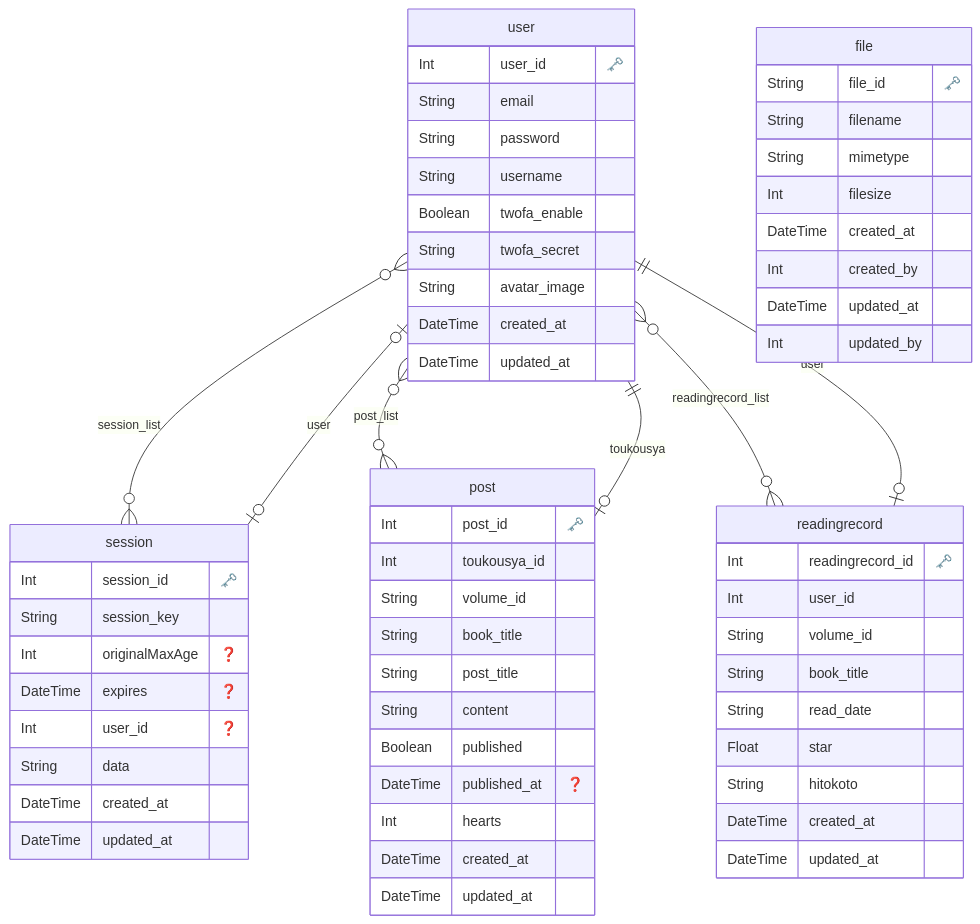
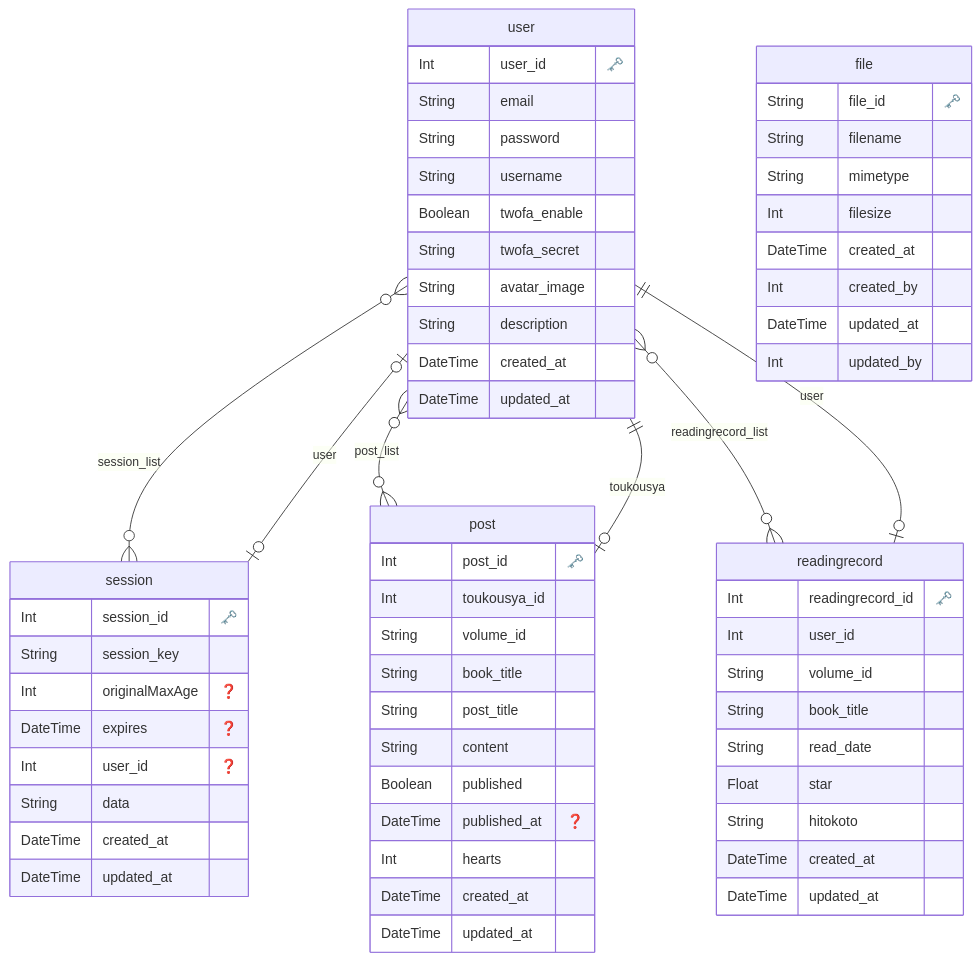
The diagram in common/prisma/prisma/ERD.md (oktntko/book-share), drawn with Mermaid before and after one commit. The commit also changed 7 other files, not shown here.

````diff
--- a/common/prisma/prisma/ERD.md
+++ b/common/prisma/prisma/ERD.md
@@ -1,74 +1,75 @@
 ```mermaid
 erDiagram
 
   "user" {
     Int user_id "🗝️"
     String email 
     String password 
     String username 
     Boolean twofa_enable 
     String twofa_secret 
     String avatar_image 
+    String description 
     DateTime created_at 
     DateTime updated_at 
     }
   
 
   "session" {
     Int session_id "🗝️"
     String session_key 
     Int originalMaxAge "❓"
     DateTime expires "❓"
     Int user_id "❓"
     String data 
     DateTime created_at 
     DateTime updated_at 
     }
   
 
   "file" {
     String file_id "🗝️"
     String filename 
     String mimetype 
     Int filesize 
     DateTime created_at 
     Int created_by 
     DateTime updated_at 
     Int updated_by 
     }
   
 
   "post" {
     Int post_id "🗝️"
     Int toukousya_id 
     String volume_id 
     String book_title 
     String post_title 
     String content 
     Boolean published 
     DateTime published_at "❓"
     Int hearts 
     DateTime created_at 
     DateTime updated_at 
     }
   
 
   "readingrecord" {
     Int readingrecord_id "🗝️"
     Int user_id 
     String volume_id 
     String book_title 
     String read_date 
     Float star 
     String hitokoto 
     DateTime created_at 
     DateTime updated_at 
     }
   
     "user" o{--}o "session" : "session_list"
     "user" o{--}o "post" : "post_list"
     "user" o{--}o "readingrecord" : "readingrecord_list"
     "session" o|--|o "user" : "user"
     "post" o|--|| "user" : "toukousya"
     "readingrecord" o|--|| "user" : "user"
 ```
````
